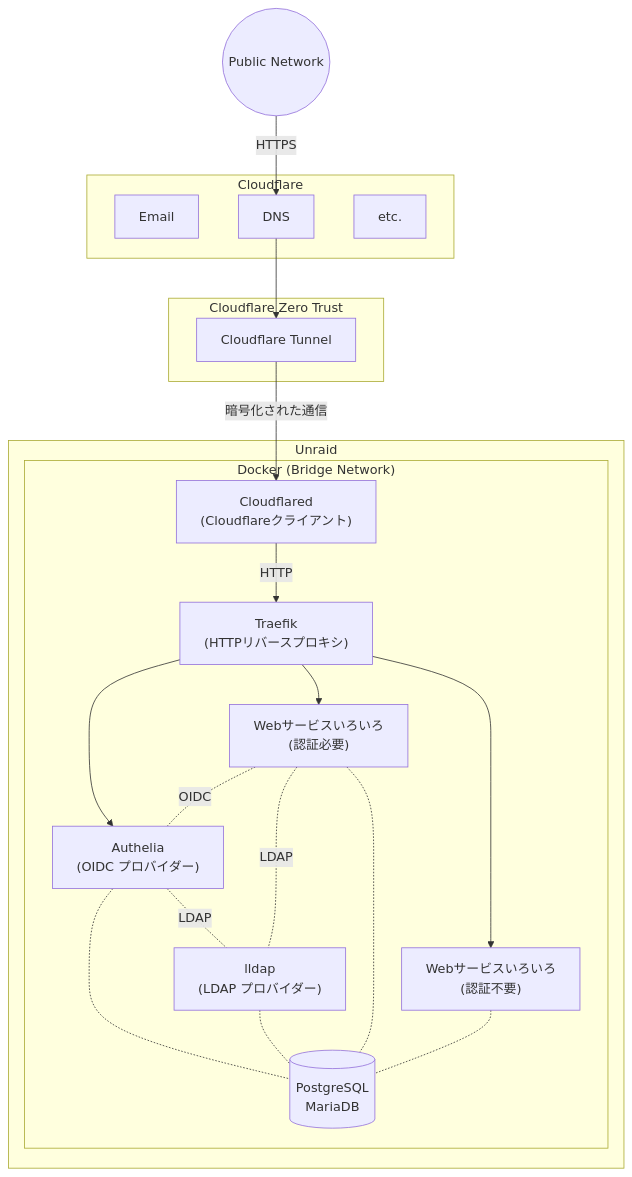
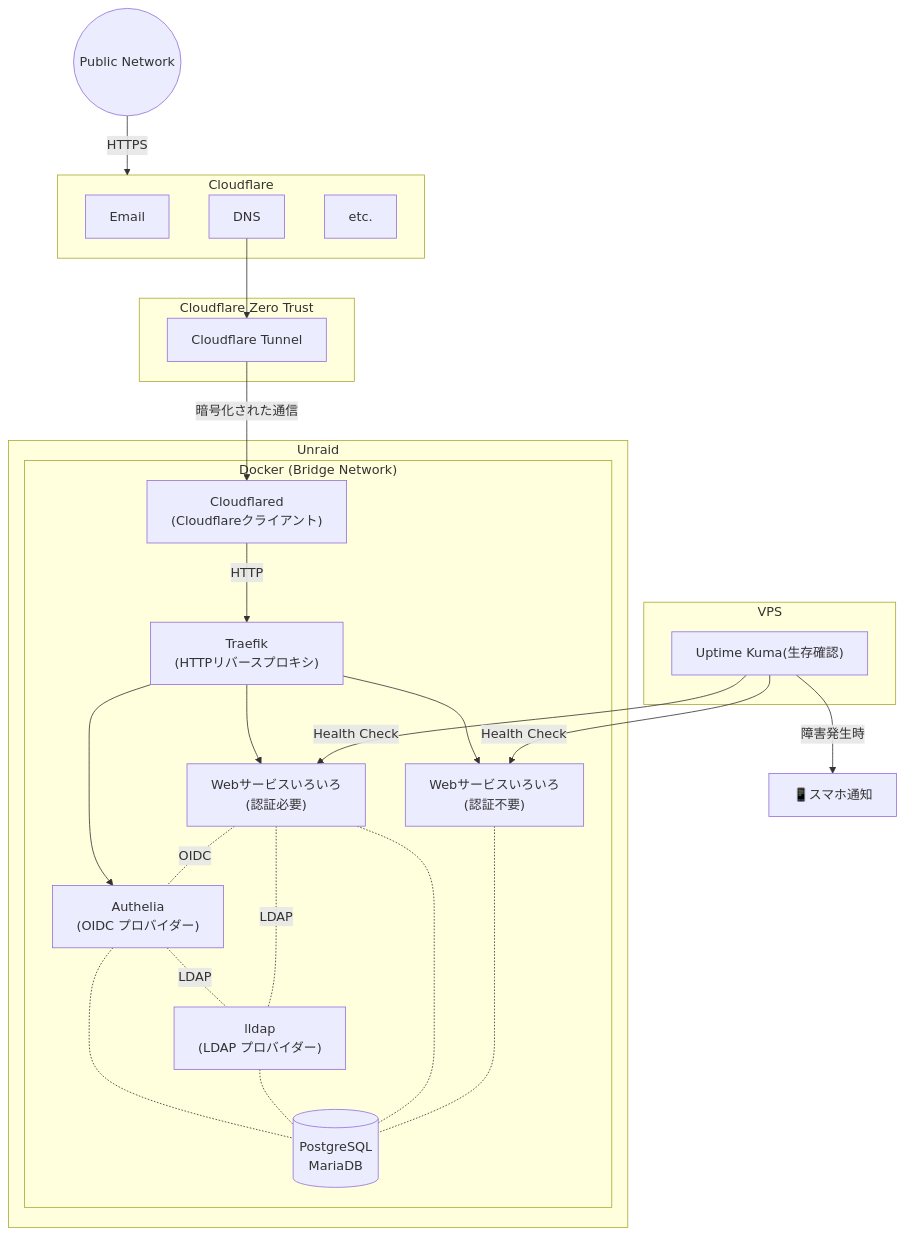
One commit to Insulinocytus/insulinocytus.github.io changed the diagram in _posts/2025-10-22-find-job.md. Above: the diagram before and after it, drawn with Mermaid.

Commit message:
Uptime Kumaに関する記述

````diff
--- a/_posts/2025-10-22-find-job.md
+++ b/_posts/2025-10-22-find-job.md
@@ -52,36 +52,44 @@
 ```mermaid
 flowchart TD
   subgraph Cloudflare
     Email
     DNS
     etc.
   end
   subgraph Cloudflare Zero Trust
     Tunnel[Cloudflare Tunnel]
   end
   subgraph Unraid
     subgraph UnraidDocker["Docker (Bridge Network)"]
     Cloudflared["Cloudflared<br>(Cloudflareクライアント)"]
     Traefik["Traefik<br>(HTTPリバースプロキシ)"]
     Authelia["Authelia<br>(OIDC プロバイダー)"]
     lldap["lldap<br>(LDAP プロバイダー)"]
     PrivateWebServices["Webサービスいろいろ<br>(認証必要)"]
     PublicWebServices["Webサービスいろいろ<br>(認証不要)"]
     Database[("PostgreSQL<br>MariaDB")]
     Authelia -.-|LDAP| lldap
     Traefik --> Authelia
     Traefik --> PrivateWebServices
     Traefik --> PublicWebServices
     PrivateWebServices -.-|OIDC| Authelia
     PrivateWebServices -.-|LDAP| lldap
     Authelia -.- Database
     lldap -.- Database
     PrivateWebServices -.- Database
     PublicWebServices -.- Database
     end
   end
-  PublicNetwork((Public Network)) -->|"HTTPS"| DNS
+  subgraph VPS
+    UptimeKuma["Uptime Kuma(生存確認)"]
+  end
+  Phone["📱スマホ通知"]
+
+  UptimeKuma -->|"障害発生時"| Phone
+  UptimeKuma -->|"Health Check"| PublicWebServices
+  UptimeKuma -->|"Health Check"| PrivateWebServices
+  PublicNetwork((Public Network)) -->|"HTTPS"| Cloudflare
   DNS --> Tunnel
   Tunnel -->|"暗号化された通信"| Cloudflared
   Cloudflared -->|"HTTP"| Traefik
 ```
````
